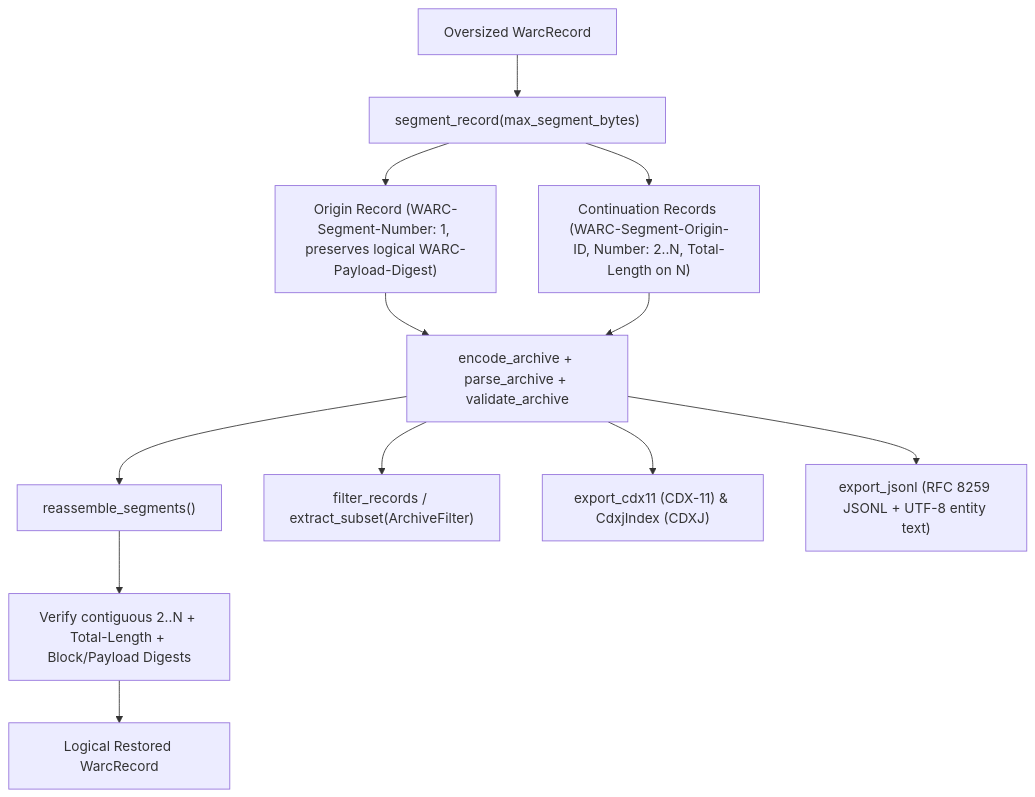
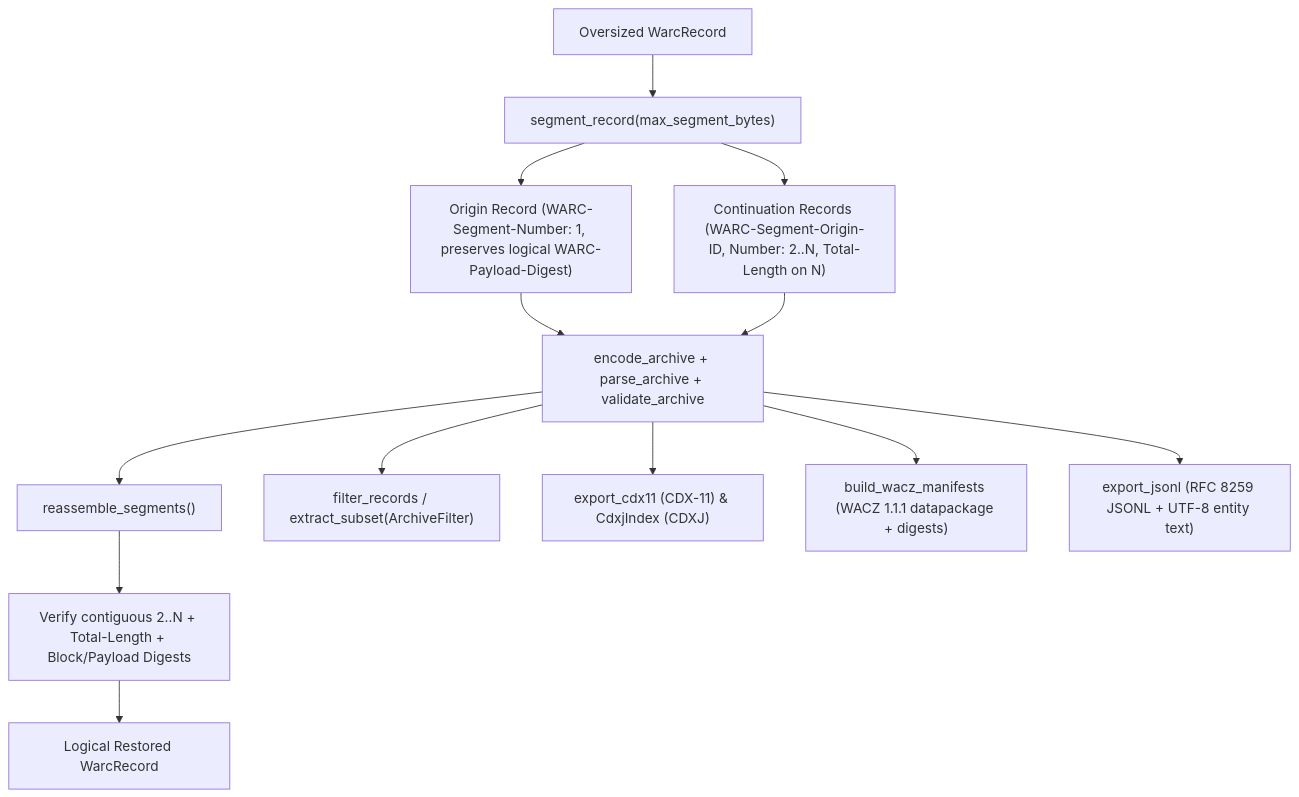
The third of 3 diagrams in docs/ARCHITECTURE.md (XinOrigin/moon-warc), drawn with Mermaid before and after one commit. The commit also changed other lines of this file and 32 other files, not shown here.

````diff
--- a/docs/ARCHITECTURE.md
+++ b/docs/ARCHITECTURE.md
@@ -116,15 +122,16 @@
 ```mermaid
 flowchart TD
   REC["Oversized WarcRecord"] --> SEG["segment_record(max_segment_bytes)"]
   SEG --> O["Origin Record (WARC-Segment-Number: 1, preserves logical WARC-Payload-Digest)"]
   SEG --> C["Continuation Records (WARC-Segment-Origin-ID, Number: 2..N, Total-Length on N)"]
   O --> WIRE["encode_archive + parse_archive + validate_archive"]
   C --> WIRE
   WIRE --> RE["reassemble_segments()"]
   RE --> CHECK["Verify contiguous 2..N + Total-Length + Block/Payload Digests"]
   CHECK --> OUT["Logical Restored WarcRecord"]
 
   WIRE --> FLT["filter_records / extract_subset(ArchiveFilter)"]
   WIRE --> CDX["export_cdx11 (CDX-11) & CdxjIndex (CDXJ)"]
+  WIRE --> WACZ["build_wacz_manifests (WACZ 1.1.1 datapackage + digests)"]
   WIRE --> JSONL["export_jsonl (RFC 8259 JSONL + UTF-8 entity text)"]
 ```
````
